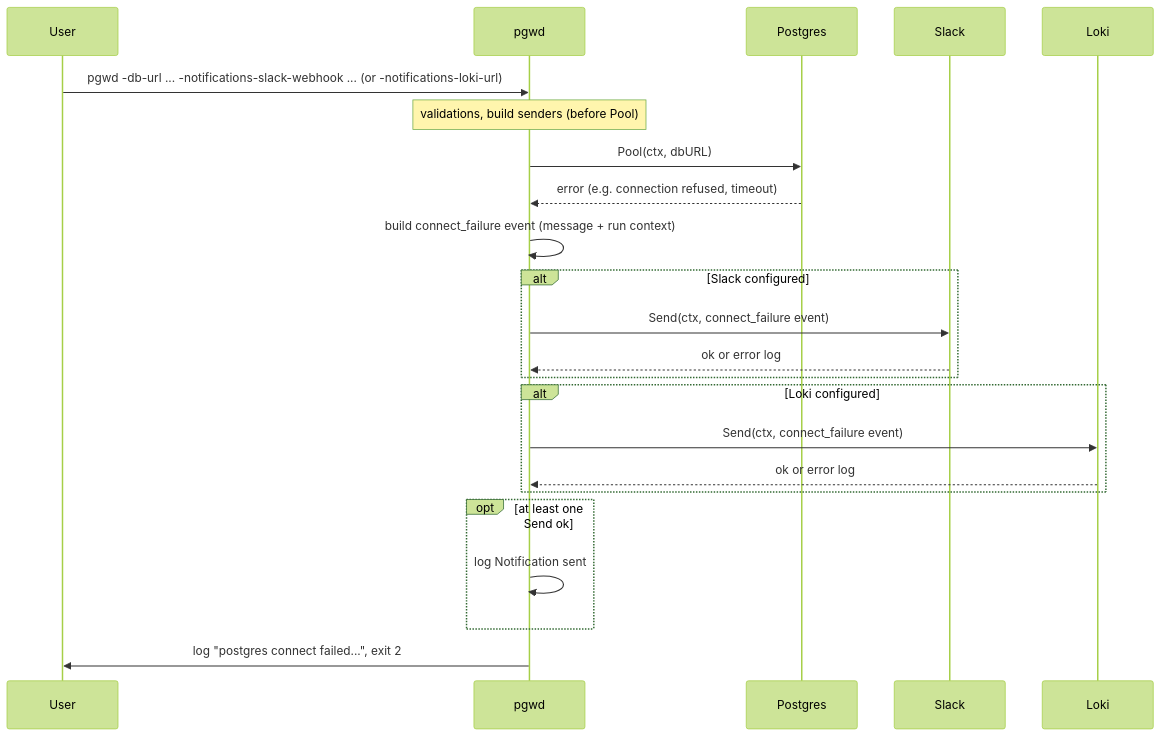
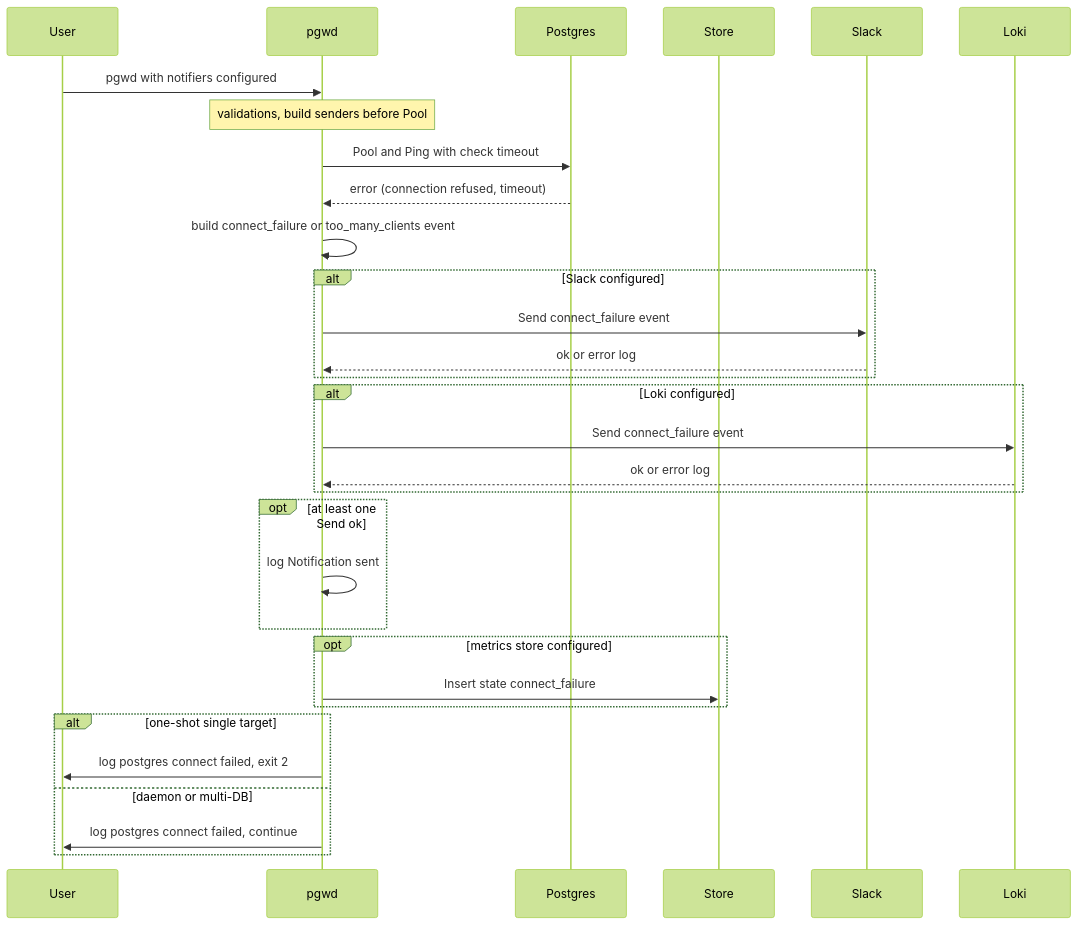
The diagram in docs/sequence/07-connect-failure-notification.md (hrodrig/pgwd), drawn with Mermaid (forest theme) before and after one commit. The commit also changed other lines of this file and 4 other files, not shown here.

First line of the commit message:
docs: document daemon connect-failure behavior (#29)

````diff
--- a/docs/sequence/07-connect-failure-notification.md
+++ b/docs/sequence/07-connect-failure-notification.md
@@ -5,26 +8,34 @@
 ```mermaid
 sequenceDiagram
     participant User
     participant pgwd
     participant Postgres
+    participant Store
     participant Slack
     participant Loki
 
-    User->>pgwd: pgwd -db-url ... -notifications-slack-webhook ... (or -notifications-loki-url)
-    Note over pgwd: validations, build senders (before Pool)
-    pgwd->>Postgres: Pool(ctx, dbURL)
-    Postgres-->>pgwd: error (e.g. connection refused, timeout)
-    pgwd->>pgwd: build connect_failure event (message + run context)
+    User->>pgwd: pgwd with notifiers configured
+    Note over pgwd: validations, build senders before Pool
+    pgwd->>Postgres: Pool and Ping with check timeout
+    Postgres-->>pgwd: error (connection refused, timeout)
+    pgwd->>pgwd: build connect_failure or too_many_clients event
     alt Slack configured
-        pgwd->>Slack: Send(ctx, connect_failure event)
+        pgwd->>Slack: Send connect_failure event
         Slack-->>pgwd: ok or error log
     end
     alt Loki configured
-        pgwd->>Loki: Send(ctx, connect_failure event)
+        pgwd->>Loki: Send connect_failure event
         Loki-->>pgwd: ok or error log
     end
     opt at least one Send ok
         pgwd->>pgwd: log Notification sent
     end
-    pgwd->>User: log "postgres connect failed...", exit 2
+    opt metrics store configured
+        pgwd->>Store: Insert state connect_failure
+    end
+    alt one-shot single target
+        pgwd->>User: log postgres connect failed, exit 2
+    else daemon or multi-DB
+        pgwd->>User: log postgres connect failed, continue
+    end
 ```
````
